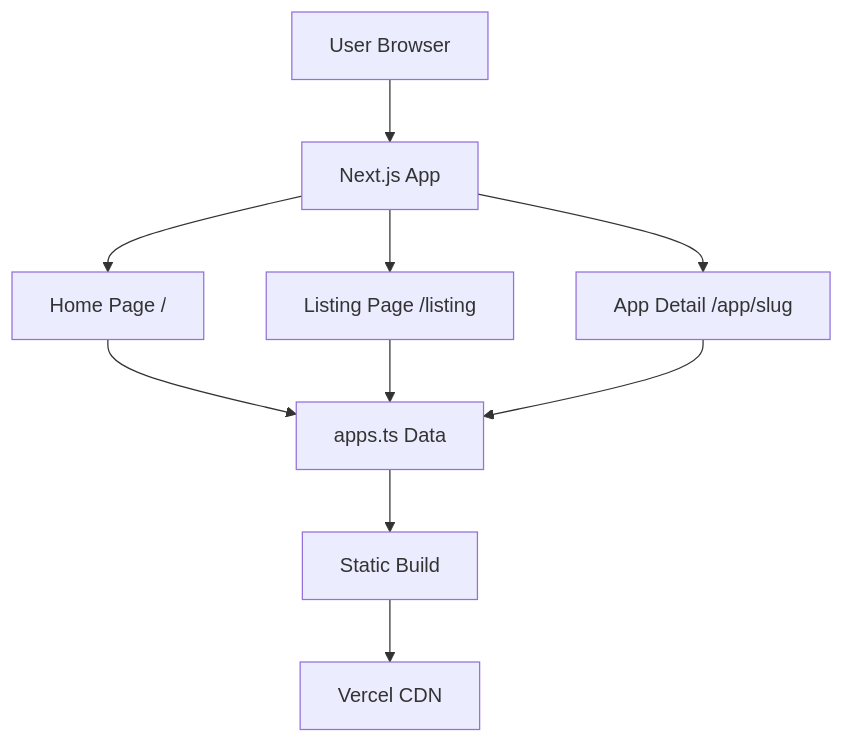
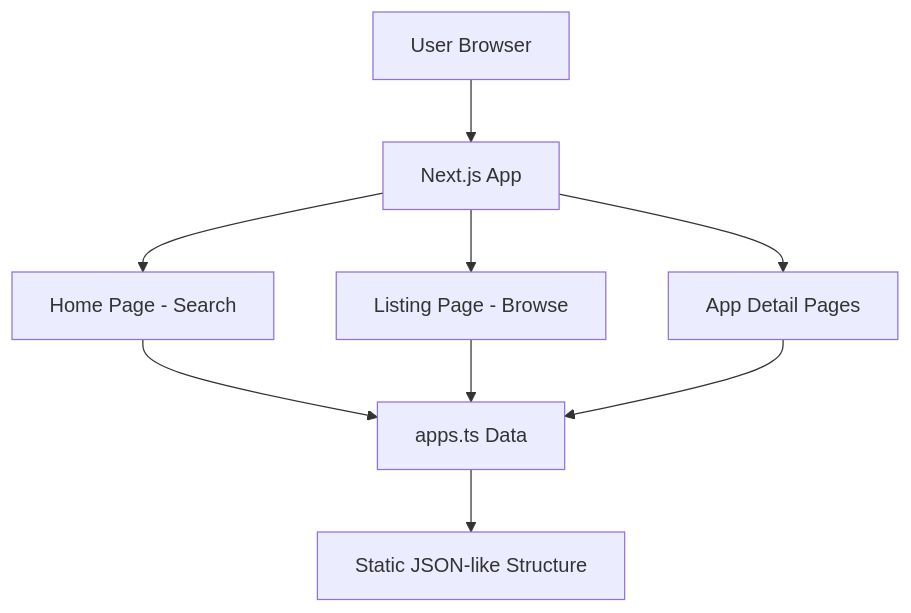
One commit to akshatbatra/indianapps changed the diagram in .bobdock/docs/architecture.md. Above: the diagram before and after it, drawn with Mermaid. The commit also changed other lines of this file, not shown here.

Commit message:
docs: add Bobdock architecture documentation

````diff
--- a/.bobdock/docs/architecture.md
+++ b/.bobdock/docs/architecture.md
@@ -7,12 +7,11 @@
 ```mermaid
 graph TD
     A[User Browser] --> B[Next.js App]
-    B --> C[Home Page /]
-    B --> D[Listing Page /listing]
-    B --> E[App Detail /app/slug]
+    B --> C[Home Page - Search]
+    B --> D[Listing Page - Browse]
+    B --> E[App Detail Pages]
     C --> F[apps.ts Data]
     D --> F
     E --> F
-    F --> G[Static Build]
-    G --> H[Vercel CDN]
+    F --> G[Static JSON-like Structure]
 ```
````
